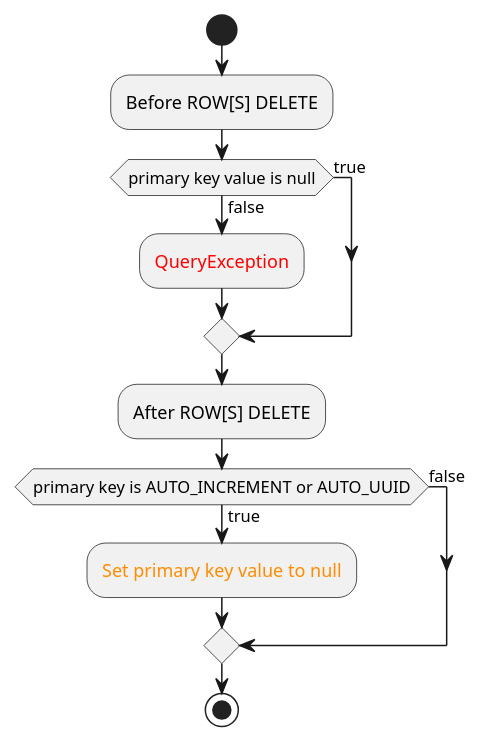
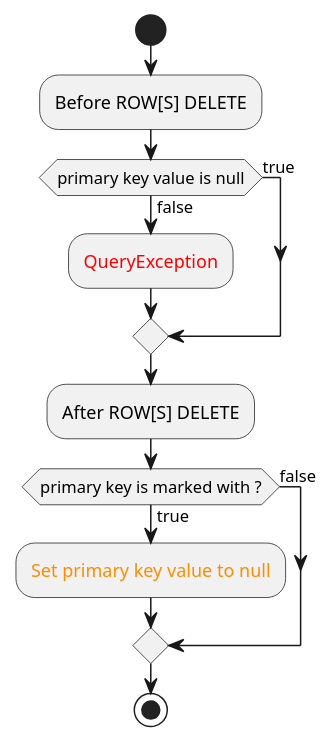
The diagram in docs/queries/ROW_DELETE.puml (urosjarc/db-messiah), drawn with PlantUML before and after one commit. The commit also changed 1 other file, not shown here.

Commit message:
Reset primary key only if is marked with ?

```diff
--- a/docs/queries/ROW_DELETE.puml
+++ b/docs/queries/ROW_DELETE.puml
@@ -1,14 +1,17 @@
 @startuml
 start
-    :Before ROW[S] DELETE;
+:Before ROW[S] DELETE;
+
 if (primary key value is null) then(false)
     :<color:red>QueryException;
 else (true)
 endif
-    :After ROW[S] DELETE;
-if (primary key is AUTO_INCREMENT or AUTO_UUID) then(true)
+
+:After ROW[S] DELETE;
+
+if (primary key is marked with ?) then(true)
     :<color:darkorange>Set primary key value to null;
 else (false)
 endif
 stop
 @enduml
```
